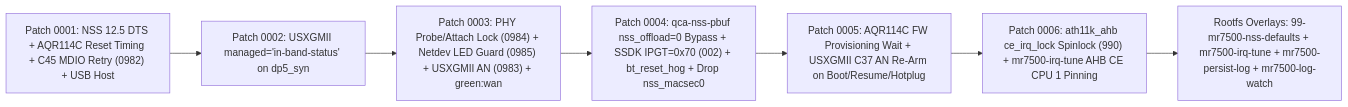
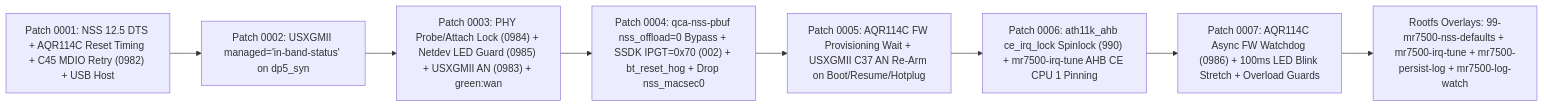
The third of 5 diagrams in docs/ARCHITECTURE_AND_EXPERIENCE_LOG.md (SanjayRavindran/Linksys-MR7500-NSS), drawn with Mermaid before and after one commit. The commit also changed other lines of this file and 11 other files, not shown here.

First line of the commit message:
mr7500: add Patch 0007 async AQR114C FW watchdog & 100ms LED blink stretch

````diff
--- a/docs/ARCHITECTURE_AND_EXPERIENCE_LOG.md
+++ b/docs/ARCHITECTURE_AND_EXPERIENCE_LOG.md
@@ -91,9 +91,10 @@
 ```mermaid
 flowchart LR
     P1["Patch 0001: NSS 12.5 DTS + AQR114C Reset Timing + C45 MDIO Retry (0982) + USB Host"] --> P2["Patch 0002: USXGMII managed='in-band-status' on dp5_syn"]
     P2 --> P3["Patch 0003: PHY Probe/Attach Lock (0984) + Netdev LED Guard (0985) + USXGMII AN (0983) + green:wan"]
     P3 --> P4["Patch 0004: qca-nss-pbuf nss_offload=0 Bypass + SSDK IPGT=0x70 (002) + bt_reset_hog + Drop nss_macsec0"]
     P4 --> P5["Patch 0005: AQR114C FW Provisioning Wait + USXGMII C37 AN Re-Arm on Boot/Resume/Hotplug"]
     P5 --> P6["Patch 0006: ath11k_ahb ce_irq_lock Spinlock (990) + mr7500-irq-tune AHB CE CPU 1 Pinning"]
-    P6 --> OV["Rootfs Overlays: 99-mr7500-nss-defaults + mr7500-irq-tune + mr7500-persist-log + mr7500-log-watch"]
+    P6 --> P7["Patch 0007: AQR114C Async FW Watchdog (0986) + 100ms LED Blink Stretch + Overload Guards"]
+    P7 --> OV["Rootfs Overlays: 99-mr7500-nss-defaults + mr7500-irq-tune + mr7500-persist-log + mr7500-log-watch"]
 ```
````
